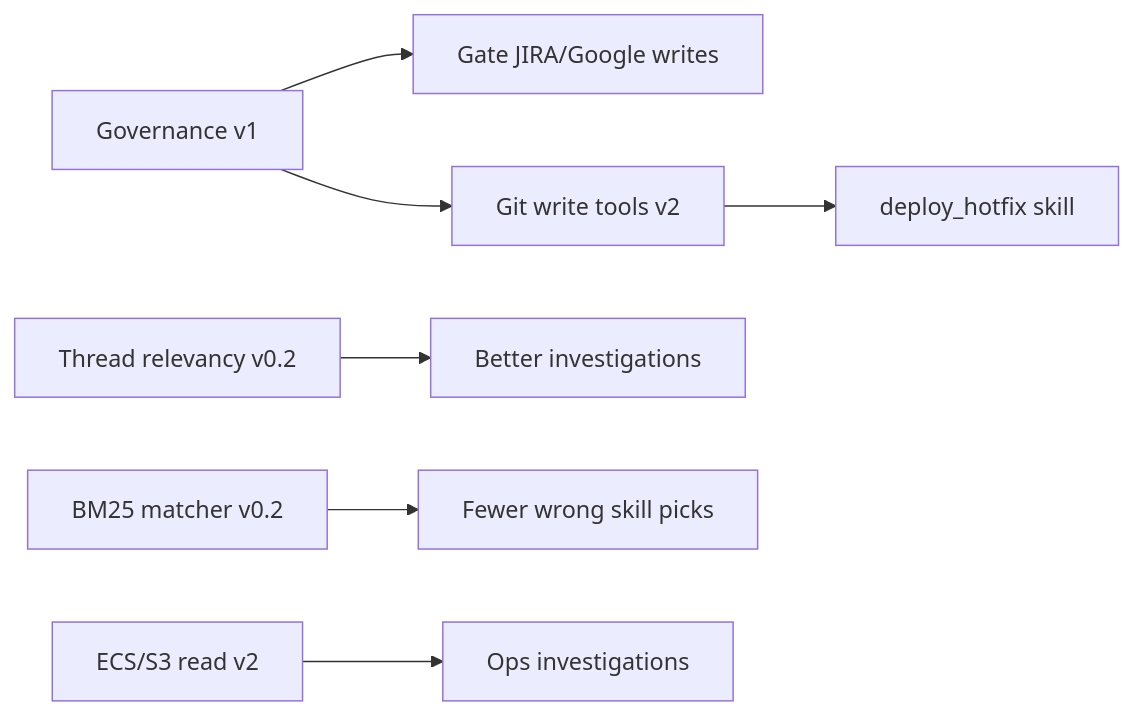
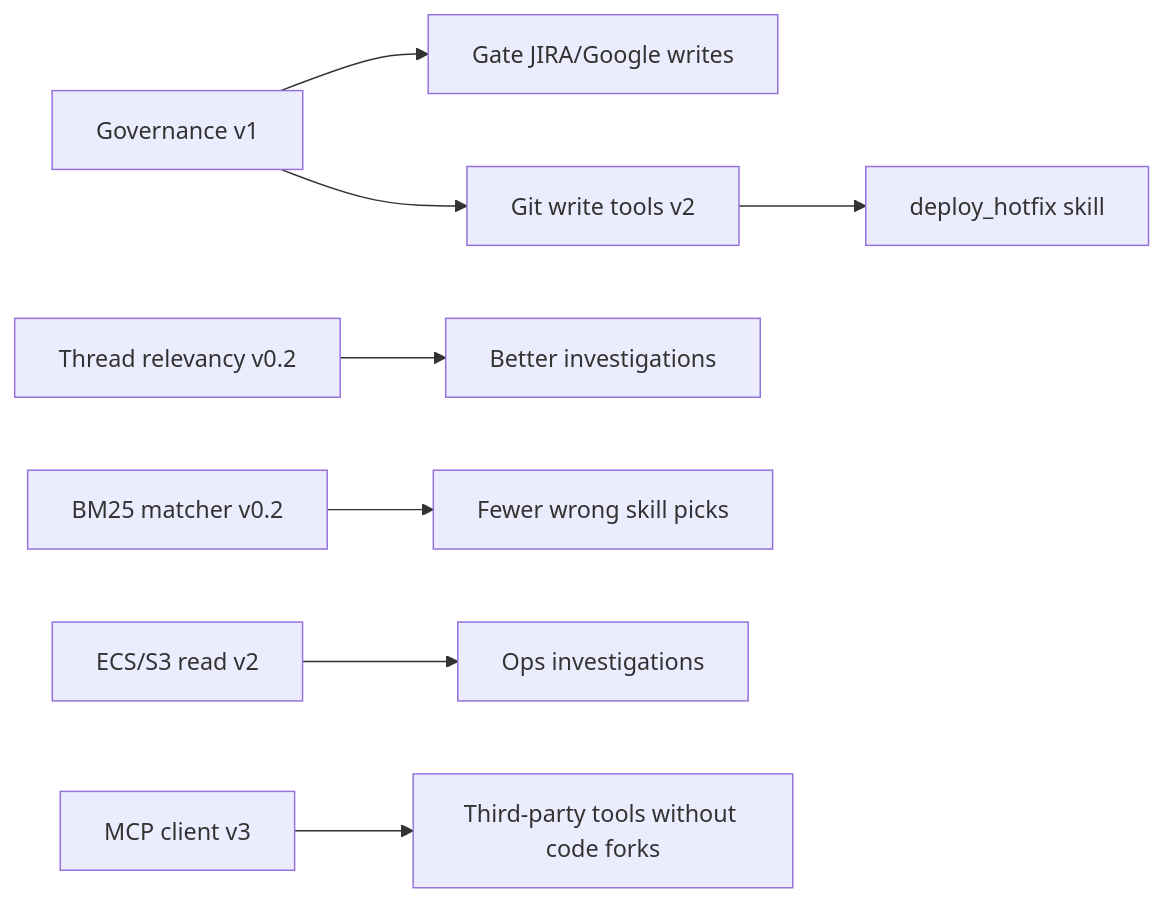
Before and after one commit to Amit3200/alfred: the first of 3 diagrams in docs/build-reference/building_phase_v0.md, drawn with Mermaid. The commit also changed other lines of this file and 6 other files, not shown here.

````diff
--- a/docs/build-reference/building_phase_v0.md
+++ b/docs/build-reference/building_phase_v0.md
@@ -248,9 +283,10 @@
 ```mermaid
 graph LR
     G[Governance v1] --> GW[Gate JIRA/Google writes]
     G --> GitW[Git write tools v2]
     TR[Thread relevancy v0.2] --> Inv[Better investigations]
     BM25[BM25 matcher v0.2] --> Route[Fewer wrong skill picks]
     GitW --> HF[deploy_hotfix skill]
     AWS2[ECS/S3 read v2] --> Ops[Ops investigations]
+    MCP[MCP client v3] --> Ext[Third-party tools without code forks]
 ```
````
